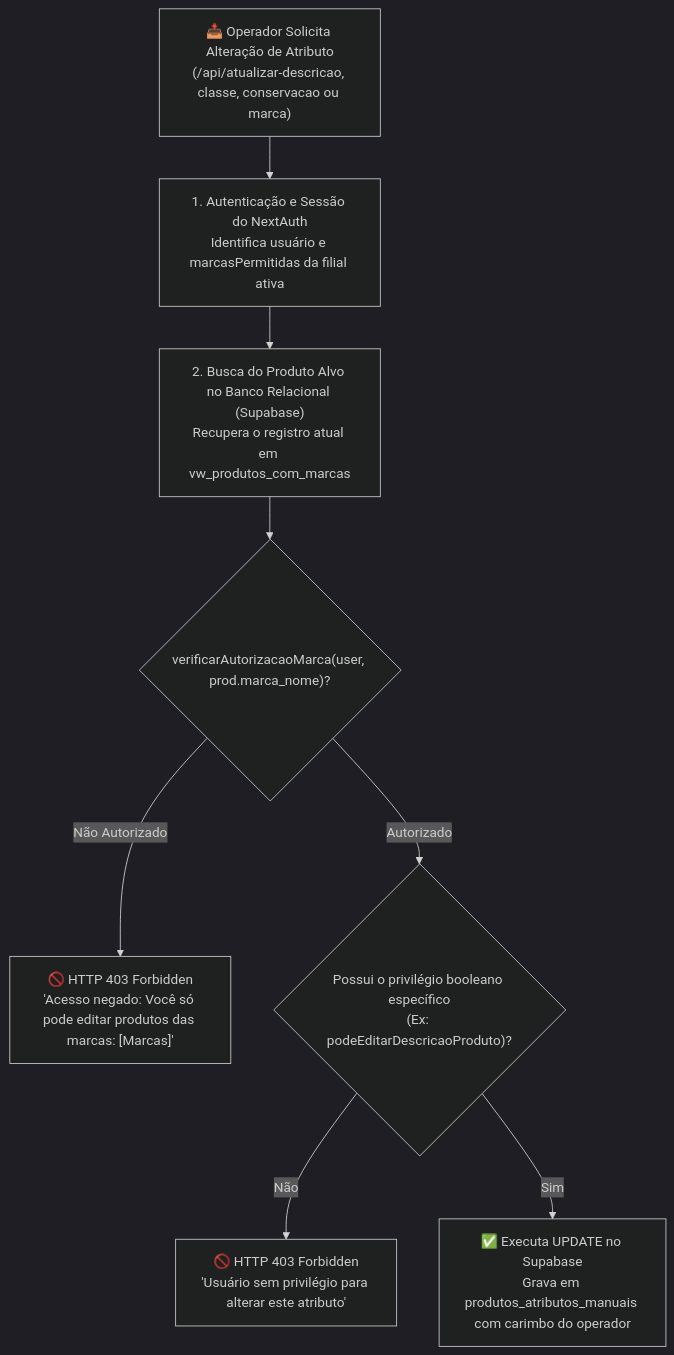
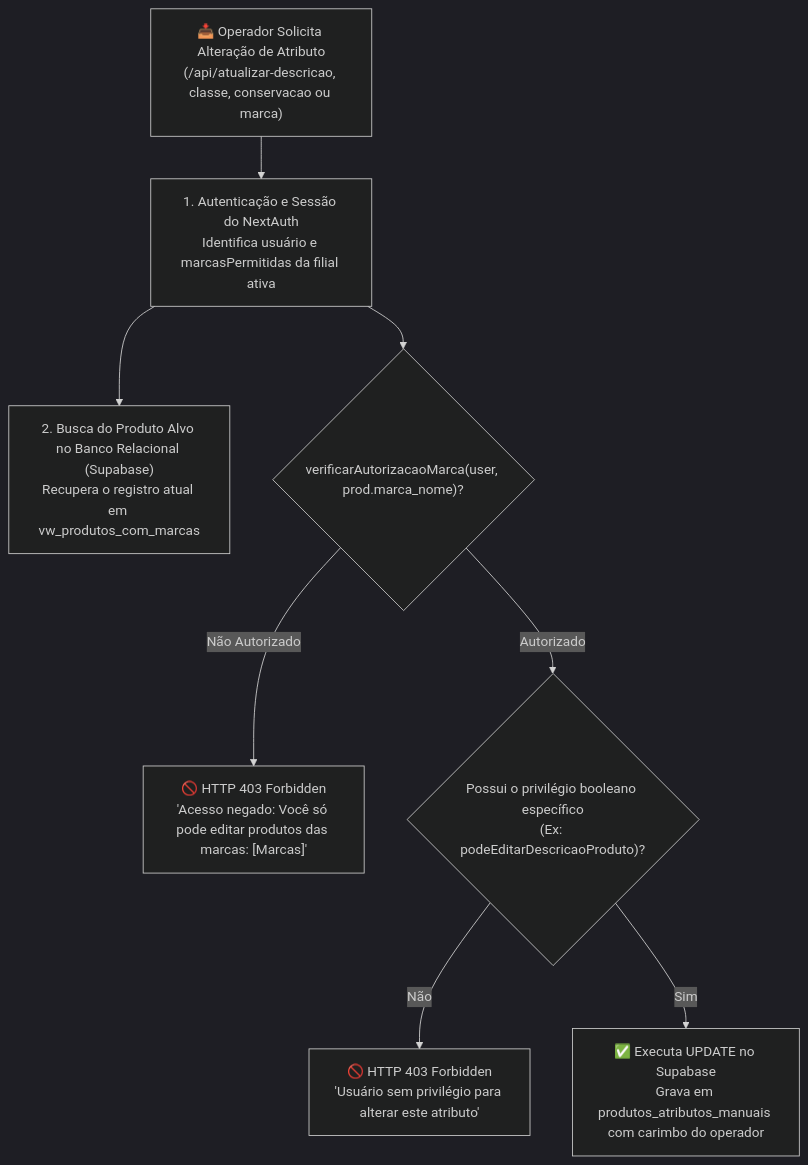
The third of 5 diagrams in docs/pwa-filiais-catalogo.md (NaejBarbosa/paletscan-etl), drawn with Mermaid (dark theme) before and after one commit. The commit also changed other lines of this file and 19 other files, not shown here.

````diff
--- a/docs/pwa-filiais-catalogo.md
+++ b/docs/pwa-filiais-catalogo.md
@@ -92,18 +86,18 @@
 ```mermaid
 flowchart TD
     REQ_EDIT["📥 Operador Solicita Alteração de Atributo\n(/api/atualizar-descricao, classe, conservacao ou marca)"]
     
     REQ_EDIT --> GET_SESS["1. Autenticação e Sessão do NextAuth\nIdentifica usuário e marcasPermitidas da filial ativa"]
     
     GET_SESS --> FETCH_PROD["2. Busca do Produto Alvo no Banco Relacional (Supabase)\nRecupera o registro atual em vw_produtos_com_marcas"]
     
-    FETCH_PROD --> CHECK_BRAND{"verificarAutorizacaoMarca(user, prod.marca_nome)?"}
+    GET_SESS --> CHECK_BRAND{"verificarAutorizacaoMarca(user, prod.marca_nome)?"}
     
     CHECK_BRAND -->|Não Autorizado| REJECT_403["🚫 HTTP 403 Forbidden\n'Acesso negado: Você só pode editar produtos das marcas: [Marcas]'"]
     
     CHECK_BRAND -->|Autorizado| CHECK_PRIV{"Possui o privilégio booleano específico\n(Ex: podeEditarDescricaoProduto)?"}
     
     CHECK_PRIV -->|Não| REJECT_PERM["🚫 HTTP 403 Forbidden\n'Usuário sem privilégio para alterar este atributo'"]
     
     CHECK_PRIV -->|Sim| EXEC_UPDATE["✅ Executa UPDATE no Supabase\nGrava em produtos_atributos_manuais com carimbo do operador"]
 ```
````
